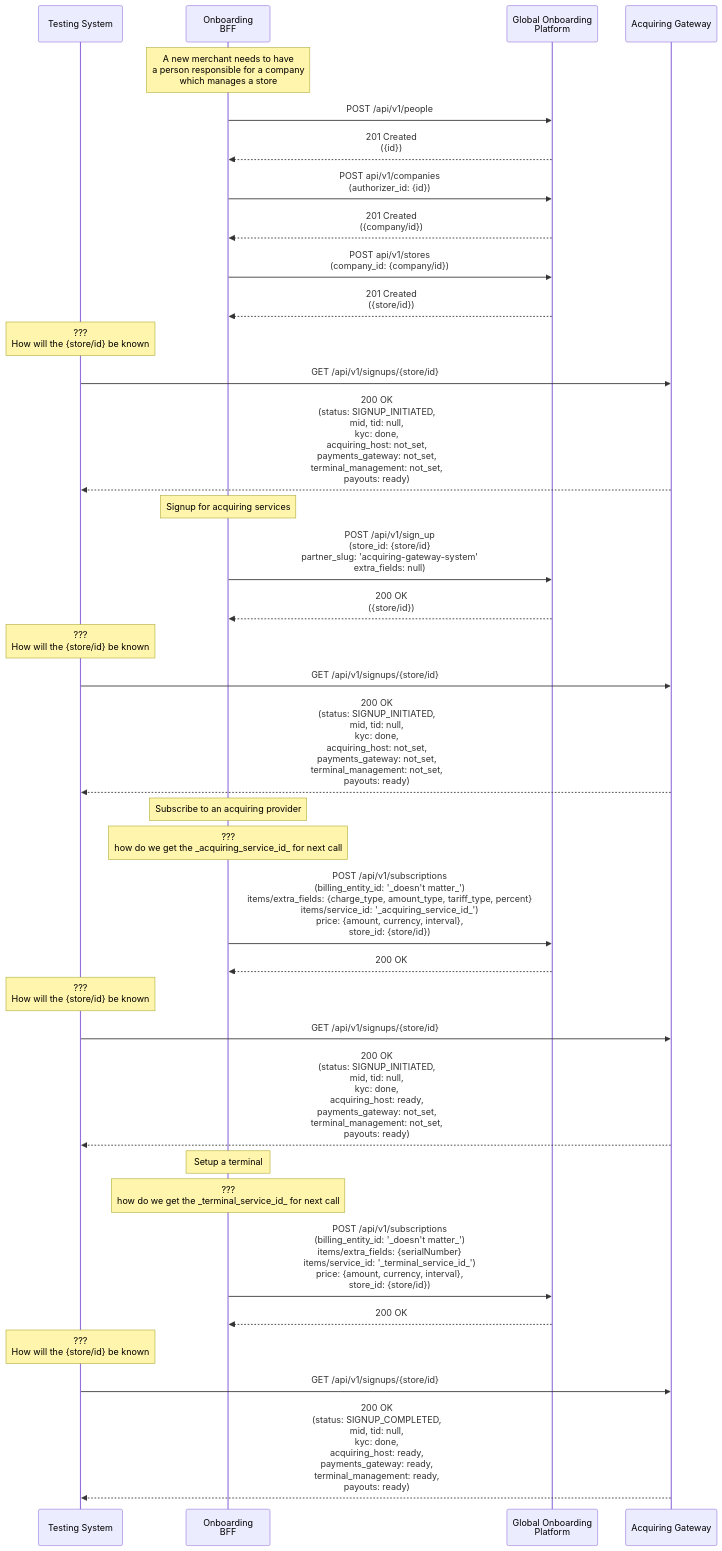
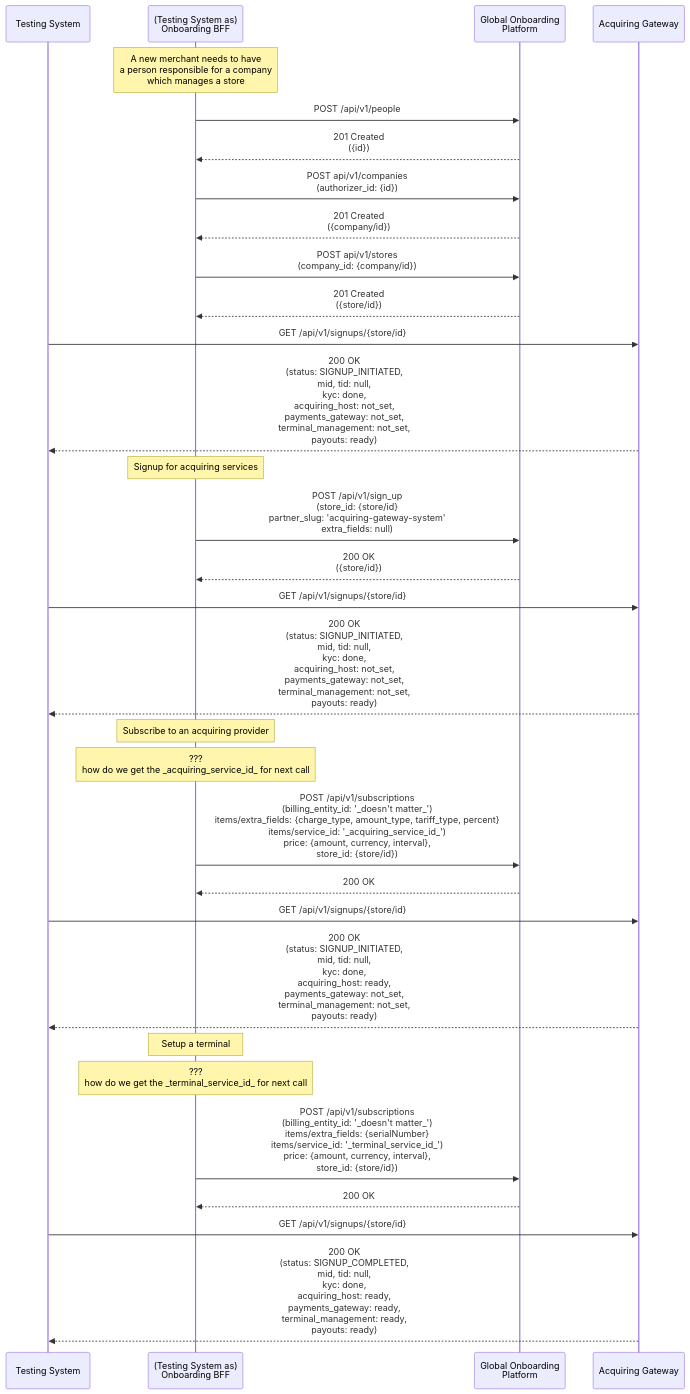
Before and after one commit to rkaranki/acquiring-e2e-tests: the diagram in docs/flows/onboarding-success.md, drawn with Mermaid.

Commit message:
wip: test system acts as BFF

````diff
--- a/docs/flows/onboarding-success.md
+++ b/docs/flows/onboarding-success.md
@@ -3,74 +3,70 @@
 ```mermaid
 sequenceDiagram
   participant TS as Testing System
-  participant BFF as Onboarding <br/> BFF
+  participant BFF as (Testing System as) <br/> Onboarding BFF
   participant GOP as Global Onboarding <br/> Platform
   participant AGW as Acquiring Gateway
 
 
   %%
   %% New merchant
   %%
 
   Note over BFF: A new merchant needs to have <br/> a person responsible for a company <br/> which manages a store
 
   BFF ->> GOP: POST /api/v1/people
   GOP -->> BFF: 201 Created <br/> ({id})
   
   BFF ->> GOP: POST api/v1/companies <br/> (authorizer_id: {id})
   GOP -->> BFF: 201 Created <br/> ({company/id})
 
   BFF ->> GOP: POST api/v1/stores <br/> (company_id: {company/id})
   GOP -->> BFF: 201 Created <br/> ({store/id})
 
 
-  Note over TS: ??? <br/> How will the {store/id} be known
   TS ->> AGW: GET /api/v1/signups/{store/id}
   AGW -->> TS: 200 OK <br/> (status: SIGNUP_INITIATED, <br/> mid, tid: null, <br/> kyc: done, <br/> acquiring_host: not_set, <br/> payments_gateway: not_set, <br/> terminal_management: not_set, <br/> payouts: ready)
 
   %%
   %% Acquiring services
   %%
 
   Note over BFF: Signup for acquiring services
 
   BFF ->> GOP: POST /api/v1/sign_up <br/> (store_id: {store/id} <br/> partner_slug: 'acquiring-gateway-system' <br/> extra_fields: null)
   GOP -->> BFF: 200 OK <br/> ({store/id})
 
-  Note over TS: ??? <br/> How will the {store/id} be known
   TS ->> AGW: GET /api/v1/signups/{store/id}
   AGW -->> TS: 200 OK <br/> (status: SIGNUP_INITIATED, <br/> mid, tid: null, <br/> kyc: done, <br/> acquiring_host: not_set, <br/> payments_gateway: not_set, <br/> terminal_management: not_set, <br/> payouts: ready)
 
 
   %%
   %% Acquiring host
   %%
 
   Note over BFF: Subscribe to an acquiring provider
 
   Note over BFF: ??? <br/> how do we get the _acquiring_service_id_ for next call
   BFF ->> GOP: POST /api/v1/subscriptions <br/> (billing_entity_id: '_doesn't matter_') <br/> items/extra_fields: {charge_type, amount_type, tariff_type, percent} <br/> items/service_id: '_acquiring_service_id_') <br/> price: {amount, currency, interval}, <br/> store_id: {store/id})
   GOP -->> BFF: 200 OK
 
-  Note over TS: ??? <br/> How will the {store/id} be known
   TS ->> AGW: GET /api/v1/signups/{store/id}
   AGW -->> TS: 200 OK <br/> (status: SIGNUP_INITIATED, <br/> mid, tid: null, <br/> kyc: done, <br/> acquiring_host: ready, <br/> payments_gateway: not_set, <br/> terminal_management: not_set, <br/> payouts: ready)
 
   %%
   %% Terminal
   %%
 
   Note over BFF: Setup a terminal
 
   Note over BFF: ??? <br/> how do we get the _terminal_service_id_ for next call
   BFF ->> GOP: POST /api/v1/subscriptions <br/> (billing_entity_id: '_doesn't matter_') <br/> items/extra_fields: {serialNumber} <br/> items/service_id: '_terminal_service_id_') <br/> price: {amount, currency, interval}, <br/> store_id: {store/id})
   GOP -->> BFF: 200 OK
 
-  Note over TS: ??? <br/> How will the {store/id} be known
   TS ->> AGW: GET /api/v1/signups/{store/id}
   AGW -->> TS: 200 OK <br/> (status: SIGNUP_COMPLETED, <br/> mid, tid: null, <br/> kyc: done, <br/> acquiring_host: ready, <br/> payments_gateway: ready, <br/> terminal_management: ready, <br/> payouts: ready)
 
 
 
 
 ```
````
